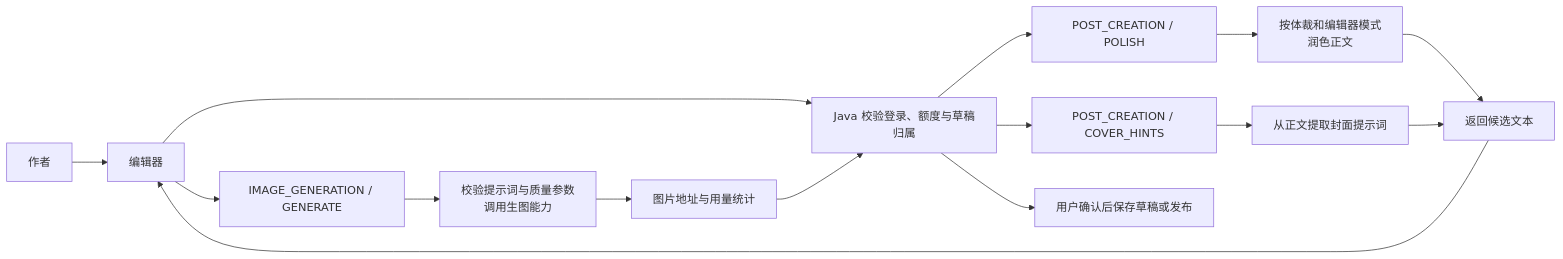
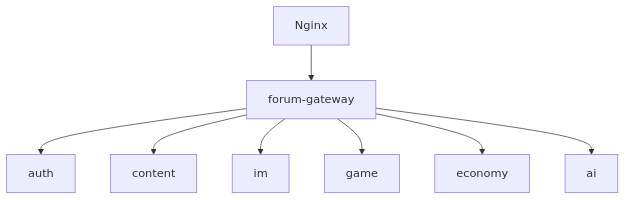
The sixth of 29 diagrams in README.md (pluchon/mengmeng_forum), drawn with Mermaid before and after one commit. The commit also changed other lines of this file and 1616 other files, not shown here.

````diff
--- a/README.md
+++ b/README.md
@@ -321,17 +162,10 @@
 ```mermaid
-flowchart LR
-  U["作者"] --> E["编辑器"]
-  E --> J["Java 校验登录、额度与草稿归属"]
-  J --> P["POST_CREATION / POLISH"]
-  J --> C["POST_CREATION / COVER_HINTS"]
-  P --> POLISH["按体裁和编辑器模式<br/>润色正文"]
-  C --> HINT["从正文提取封面提示词"]
-  POLISH --> BACK["返回候选文本"]
-  HINT --> BACK
-  BACK --> E
-  E --> IMG["IMAGE_GENERATION / GENERATE"]
-  IMG --> GEN["校验提示词与质量参数<br/>调用生图能力"]
-  GEN --> URL["图片地址与用量统计"]
-  URL --> J
-  J --> SAVE["用户确认后保存草稿或发布"]
+flowchart TB
+  NGX["Nginx"] --> GW["forum-gateway"]
+  GW --> AUTH["auth"]
+  GW --> CONTENT["content"]
+  GW --> IM["im"]
+  GW --> GAME["game"]
+  GW --> ECO["economy"]
+  GW --> AI["ai"]
 ```
````
